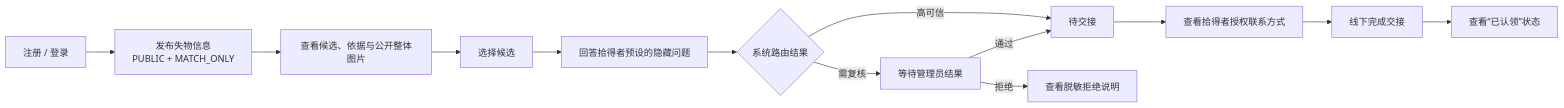
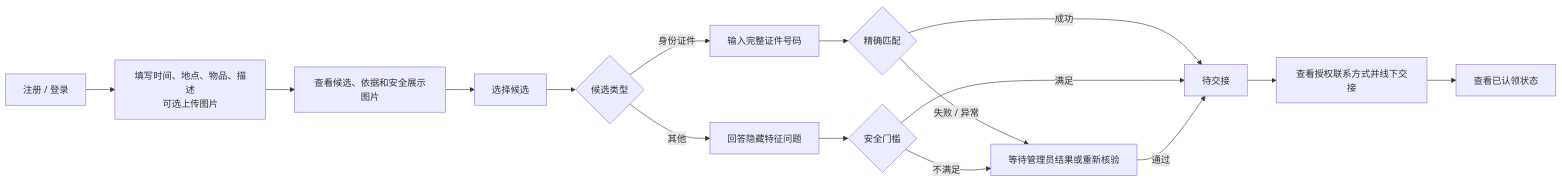
One commit to xushengyu1/day56-submission changed the third of 5 diagrams in prd.md. Above: the diagram before and after it, drawn with Mermaid. The commit also changed other lines of this file and 25 other files, not shown here.

````diff
--- a/prd.md
+++ b/prd.md
@@ -429,15 +435,18 @@
 ```mermaid
 flowchart LR
-    O1["注册 / 登录"] --> O2["发布失物信息<br/>PUBLIC + MATCH_ONLY"]
-    O2 --> O3["查看候选、依据与公开整体图片"]
+    O1["注册 / 登录"] --> O2["填写时间、地点、物品、描述<br/>可选上传图片"]
+    O2 --> O3["查看候选、依据和安全展示图片"]
     O3 --> O4["选择候选"]
-    O4 --> O5["回答拾得者预设的隐藏问题"]
-    O5 --> O6{"系统路由结果"}
-    O6 -- "高可信" --> O7["待交接"]
-    O6 -- "需复核" --> O8["等待管理员结果"]
-    O8 -- "通过" --> O7
-    O8 -- "拒绝" --> O9["查看脱敏拒绝说明"]
-    O7 --> O10["查看拾得者授权联系方式"]
-    O10 --> O11["线下完成交接"]
-    O11 --> O12["查看“已认领”状态"]
+    O4 --> O5{"候选类型"}
+    O5 -- "身份证件" --> O6["输入完整证件号码"]
+    O6 --> O7{"精确匹配"}
+    O5 -- "其他" --> O8["回答隐藏特征问题"]
+    O8 --> O9{"安全门槛"}
+    O7 -- "成功" --> O10["待交接"]
+    O7 -- "失败 / 异常" --> O11["等待管理员结果或重新核验"]
+    O9 -- "满足" --> O10
+    O9 -- "不满足" --> O11
+    O11 -- "通过" --> O10
+    O10 --> O12["查看授权联系方式并线下交接"]
+    O12 --> O13["查看已认领状态"]
 ```
````
